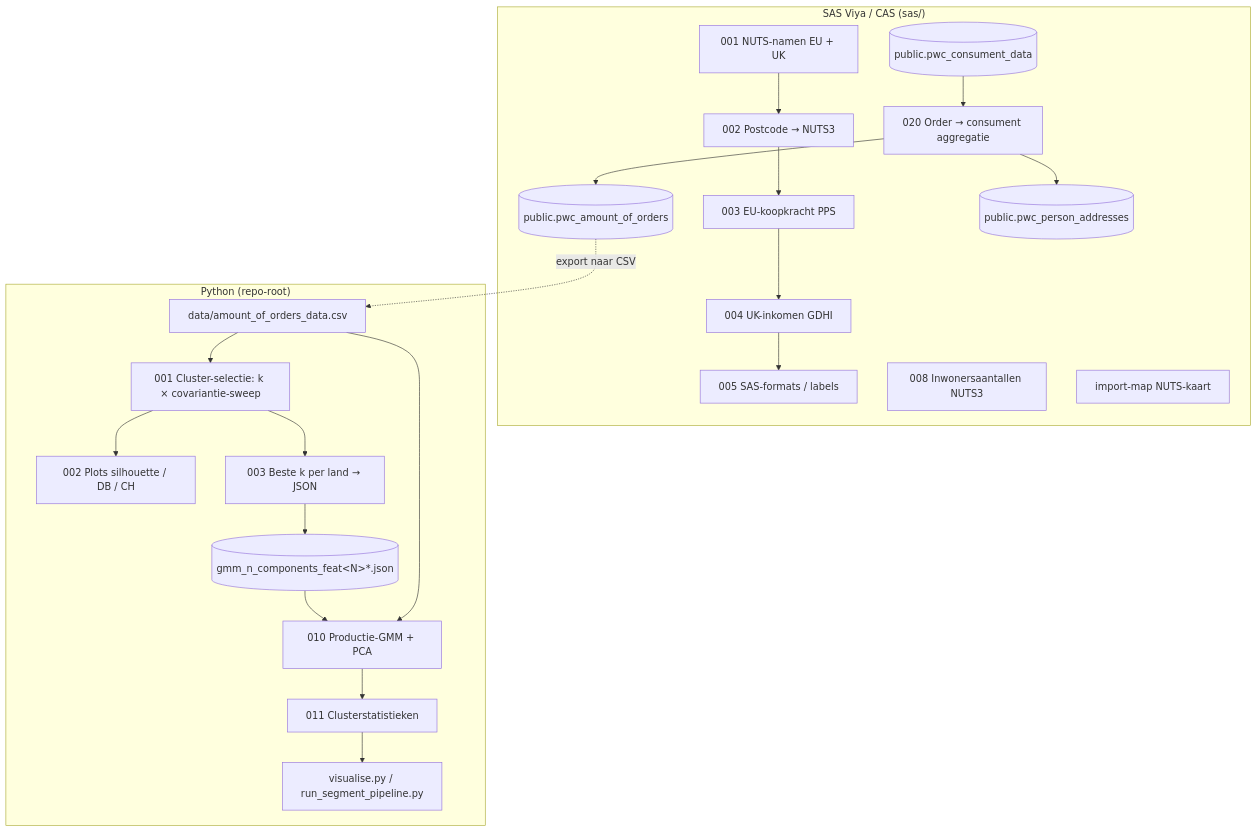
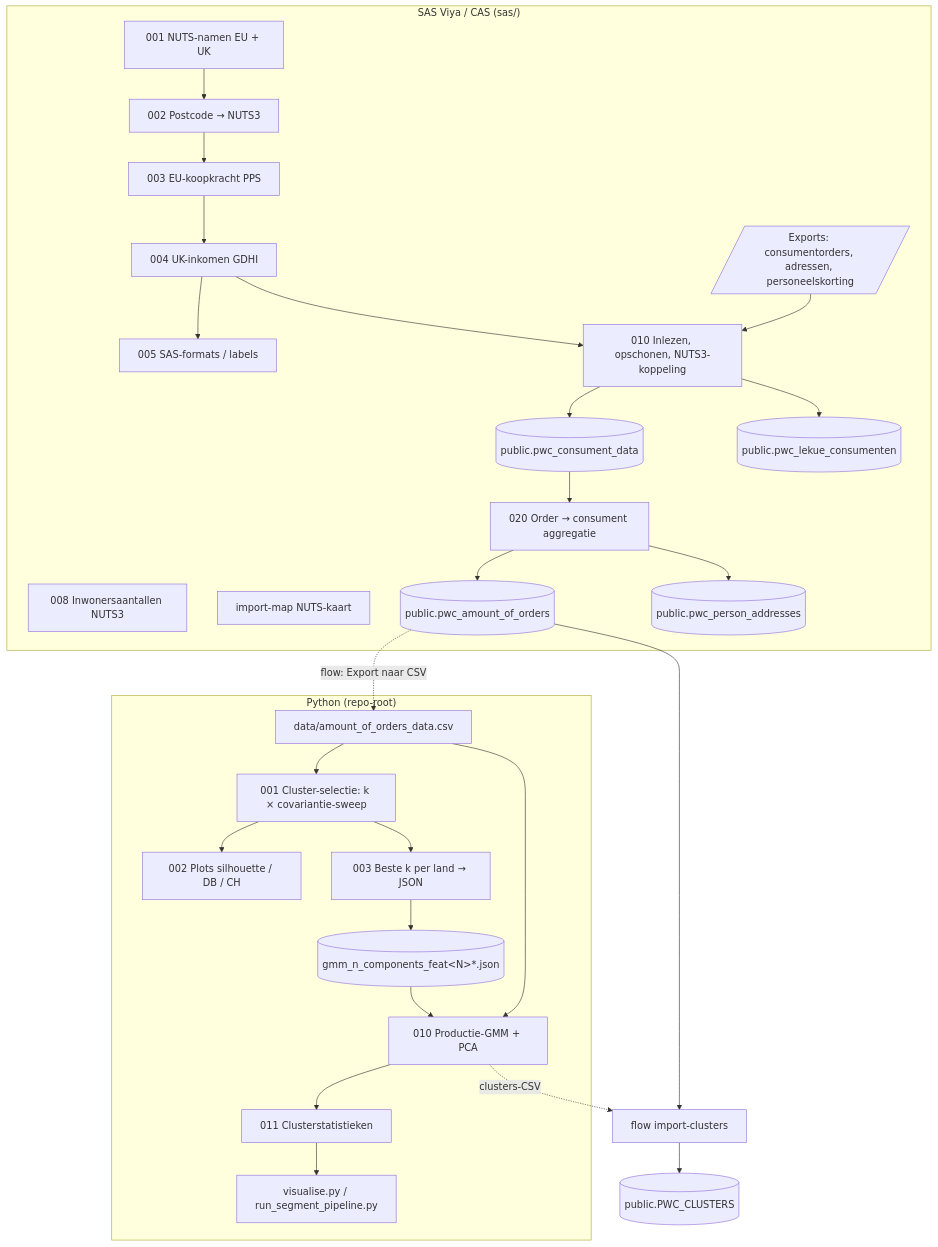
One commit to Ino-PW/brabantia-customer-validation changed the diagram in README.md. Above: the diagram before and after it, drawn with Mermaid. The commit also changed other lines of this file and 1 other file, not shown here.

````diff
--- a/README.md
+++ b/README.md
@@ -38,27 +38,35 @@
 ```mermaid
 flowchart TD
     subgraph SAS["SAS Viya / CAS (sas/)"]
         A1[001 NUTS-namen EU + UK] --> A2[002 Postcode → NUTS3]
         A2 --> A3[003 EU-koopkracht PPS]
         A3 --> A4[004 UK-inkomen GDHI]
         A4 --> A5[005 SAS-formats / labels]
         A6[008 Inwonersaantallen NUTS3]
         A7[import-map NUTS-kaart]
-        C0[(public.pwc_consument_data)] --> A8[020 Order → consument aggregatie]
+        B0[/Exports: consumentorders, adressen, personeelskorting/] --> A9[010 Inlezen, opschonen, NUTS3-koppeling]
+        A4 --> A9
+        A9 --> C0[(public.pwc_consument_data)]
+        A9 --> C3[(public.pwc_lekue_consumenten)]
+        C0 --> A8[020 Order → consument aggregatie]
         A8 --> C1[(public.pwc_amount_of_orders)]
         A8 --> C2[(public.pwc_person_addresses)]
     end
 
-    C1 -. export naar CSV .-> D[data/amount_of_orders_data.csv]
+    C1 -. flow: Export naar CSV .-> D[data/amount_of_orders_data.csv]
 
     subgraph PY["Python (repo-root)"]
         D --> P1[001 Cluster-selectie: k × covariantie-sweep]
         P1 --> P2[002 Plots silhouette / DB / CH]
         P1 --> P3[003 Beste k per land → JSON]
         P3 --> J[(gmm_n_components_feat&lt;N&gt;*.json)]
         J --> P4[010 Productie-GMM + PCA]
         D --> P4
         P4 --> P5[011 Clusterstatistieken]
         P5 --> P6[visualise.py / run_segment_pipeline.py]
     end
+
+    P4 -. clusters-CSV .-> F1[flow import-clusters]
+    C1 --> F1
+    F1 --> C4[(public.PWC_CLUSTERS)]
 ```
````
